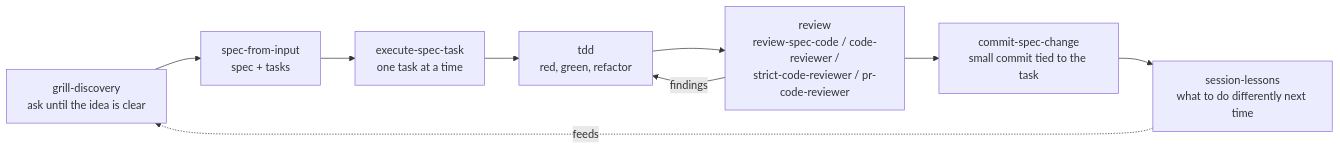
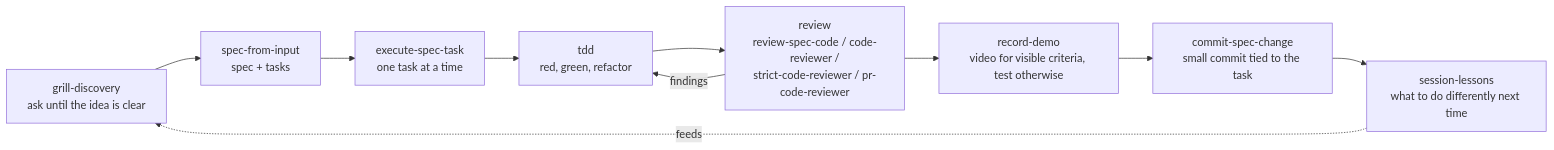
Before and after one commit to Fblind/ai-lab: the diagram in README.md, drawn with Mermaid. The commit also changed other lines of this file and 8 other files, not shown here.

Commit message:
Add record-demo

````diff
--- a/README.md
+++ b/README.md
@@ -11,11 +11,12 @@
 ```mermaid
 flowchart LR
   A[grill-discovery<br/>ask until the idea is clear] --> B[spec-from-input<br/>spec + tasks]
   B --> C[execute-spec-task<br/>one task at a time]
   C --> D[tdd<br/>red, green, refactor]
   D --> E[review<br/>review-spec-code / code-reviewer /<br/>strict-code-reviewer / pr-code-reviewer]
   E -->|findings| D
-  E --> F[commit-spec-change<br/>small commit tied to the task]
+  E --> H[record-demo<br/>video for visible criteria, test otherwise]
+  H --> F[commit-spec-change<br/>small commit tied to the task]
   F --> G[session-lessons<br/>what to do differently next time]
   G -.->|feeds| A
 ```
````
